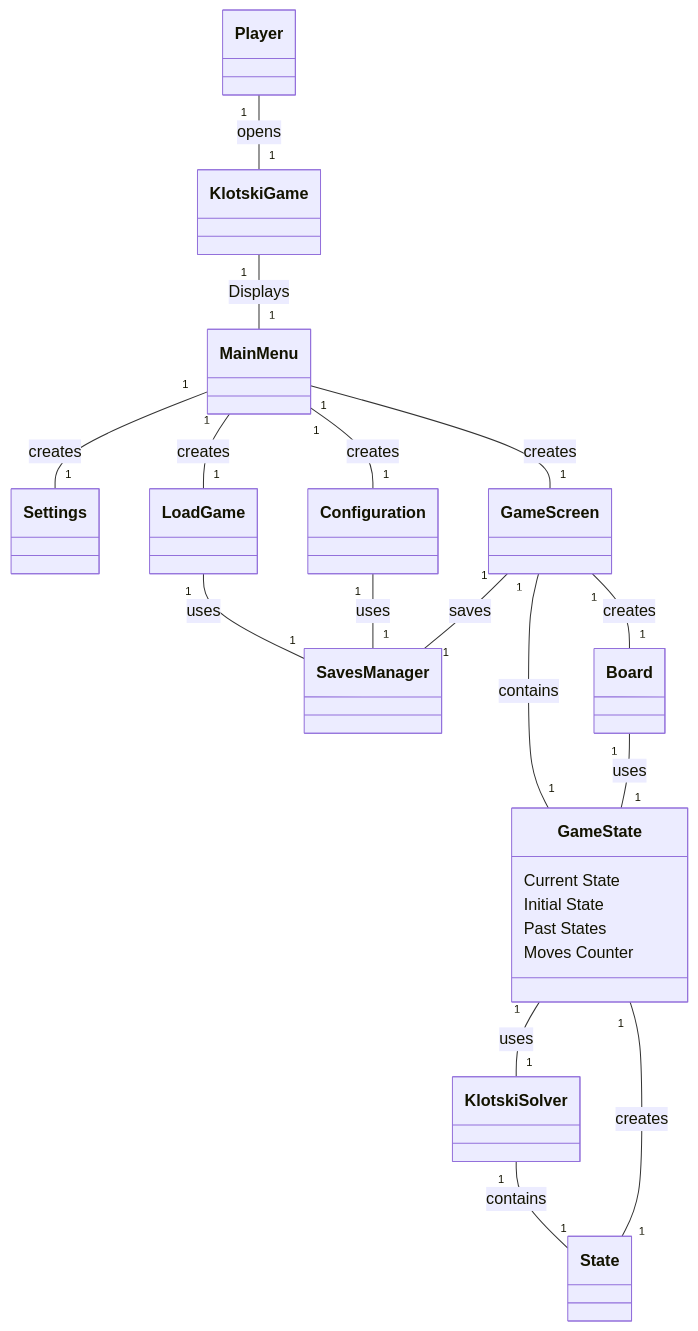
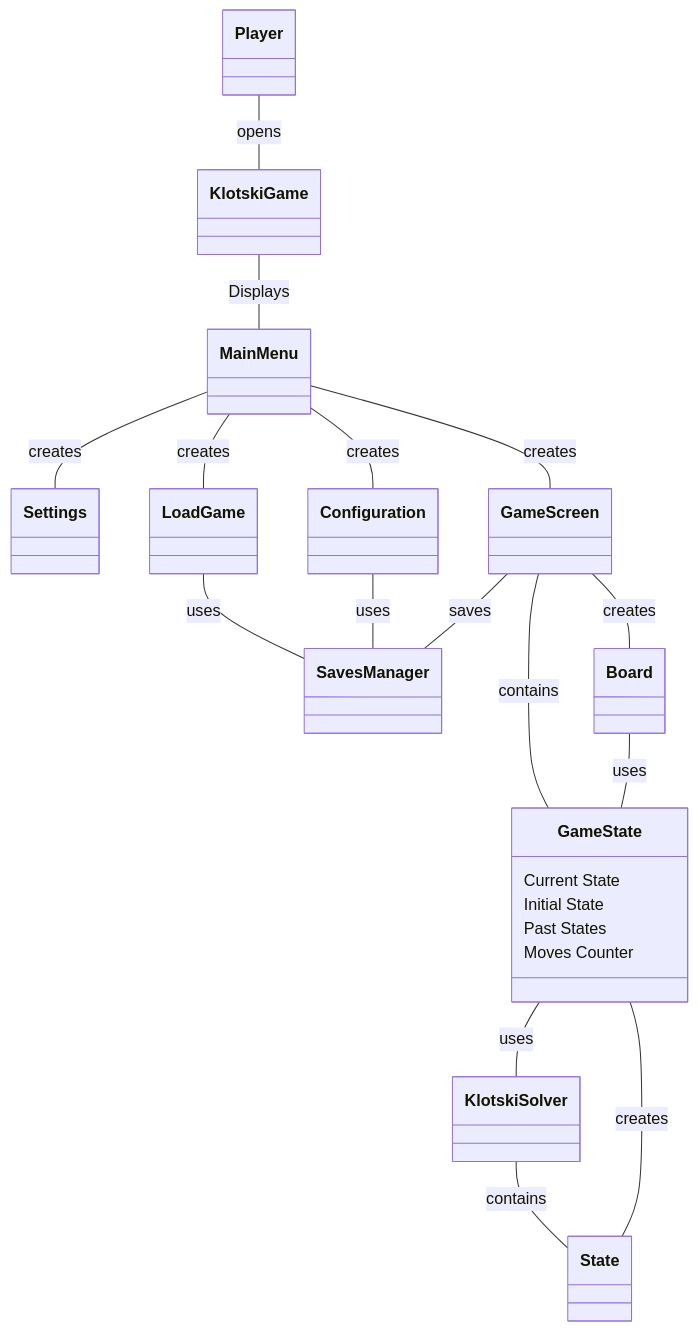
Before and after one commit to BIRSAx2/klotski: the diagram in docs/domain_model/index.md, drawn with Mermaid. The commit also changed other lines of this file, not shown here.

Commit message:
Removed cardinalities on the domain model.

````diff
--- a/docs/domain_model/index.md
+++ b/docs/domain_model/index.md
@@ -10,34 +10,34 @@
 ```mermaid
 classDiagram
-    Player "1"--"1" KlotskiGame: opens
+    Player -- KlotskiGame: opens
     
-    KlotskiGame "1"--"1" MainMenu: Displays
+    KlotskiGame -- MainMenu: Displays
     
 
-    MainMenu "1"--"1" Settings : creates
-    MainMenu "1"--"1" GameScreen : creates
-    MainMenu "1"--"1" LoadGame : creates
-    MainMenu "1"--"1" Configuration : creates
+    MainMenu -- Settings : creates
+    MainMenu -- GameScreen : creates
+    MainMenu -- LoadGame : creates
+    MainMenu -- Configuration : creates
         
-    LoadGame "1"--"1"  SavesManager : uses
-    Configuration "1"--"1" SavesManager :uses
-    GameScreen "1"--"1" SavesManager : saves
+    LoadGame --  SavesManager : uses
+    Configuration -- SavesManager :uses
+    GameScreen -- SavesManager : saves
     
     
-    GameScreen "1"--"1" Board : creates
-    GameScreen "1"--"1" GameState: contains
+    GameScreen -- Board : creates
+    GameScreen -- GameState: contains
     
 
     GameState: Current State
     GameState: Initial State
     GameState: Past States
     GameState: Moves Counter
     
-    GameState "1"--"1" KlotskiSolver: uses
+    GameState -- KlotskiSolver: uses
     
-    KlotskiSolver "1"--"1" State: contains
+    KlotskiSolver -- State: contains
     
-    GameState "1"--"1" State: creates
+    GameState -- State: creates
     
-    Board "1"--"1"  GameState: uses
+    Board --  GameState: uses
 ```
````
